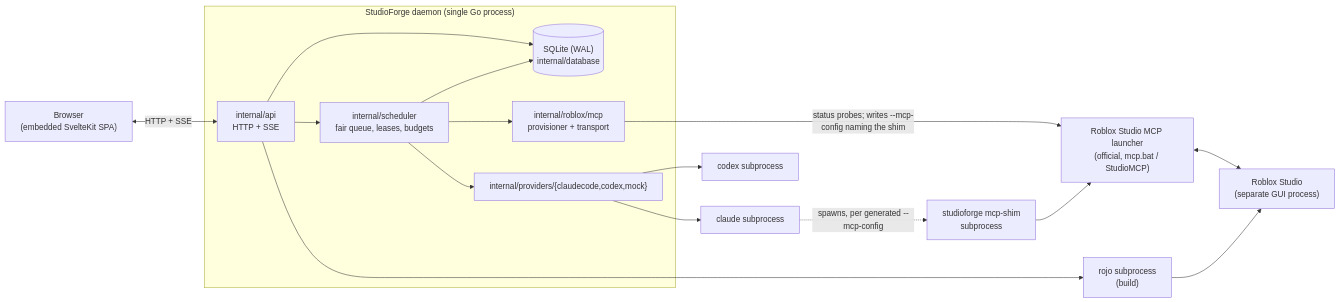
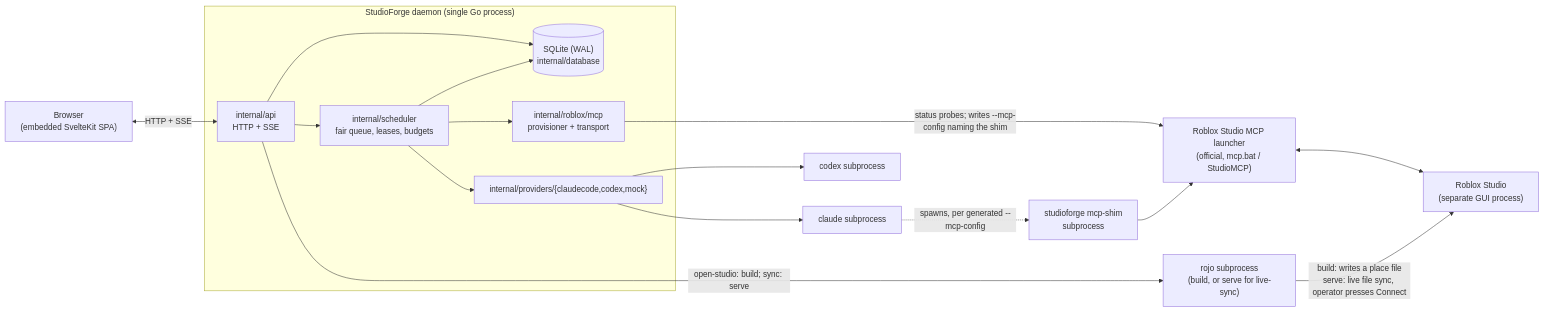
Before and after one commit to 10kkyvl/studioforge: the diagram in docs/ARCHITECTURE.md, drawn with Mermaid. The commit also changed other lines of this file and 38 other files, not shown here.

First line of the commit message:
chat: paste images, split token metrics, wire Rojo live-sync

````diff
--- a/docs/ARCHITECTURE.md
+++ b/docs/ARCHITECTURE.md
@@ -413,34 +420,34 @@
 ```mermaid
 flowchart LR
     Browser["Browser<br/>(embedded SvelteKit SPA)"]
 
     subgraph Daemon["StudioForge daemon (single Go process)"]
         API["internal/api<br/>HTTP + SSE"]
         Scheduler["internal/scheduler<br/>fair queue, leases, budgets"]
         DB[("SQLite (WAL)<br/>internal/database")]
         Providers["internal/providers/{claudecode,codex,mock}"]
         MCP["internal/roblox/mcp<br/>provisioner + transport"]
     end
 
     Claude["claude subprocess"]
     Codex["codex subprocess"]
     Shim["studioforge mcp-shim<br/>subprocess"]
     Launcher["Roblox Studio MCP launcher<br/>(official, mcp.bat / StudioMCP)"]
     Studio["Roblox Studio<br/>(separate GUI process)"]
-    Rojo["rojo subprocess<br/>(build)"]
+    Rojo["rojo subprocess<br/>(build, or serve for live-sync)"]
 
     Browser <-->|HTTP + SSE| API
     API --> Scheduler
     API --> DB
     Scheduler --> DB
     Scheduler --> Providers
     Scheduler --> MCP
     Providers --> Claude
     Providers --> Codex
     MCP -->|status probes; writes --mcp-config naming the shim| Launcher
     Claude -.->|spawns, per generated --mcp-config| Shim
     Shim --> Launcher
     Launcher <--> Studio
-    API --> Rojo
-    Rojo --> Studio
+    API -->|open-studio: build; sync: serve| Rojo
+    Rojo -->|build: writes a place file<br/>serve: live file sync, operator presses Connect| Studio
 ```
````
